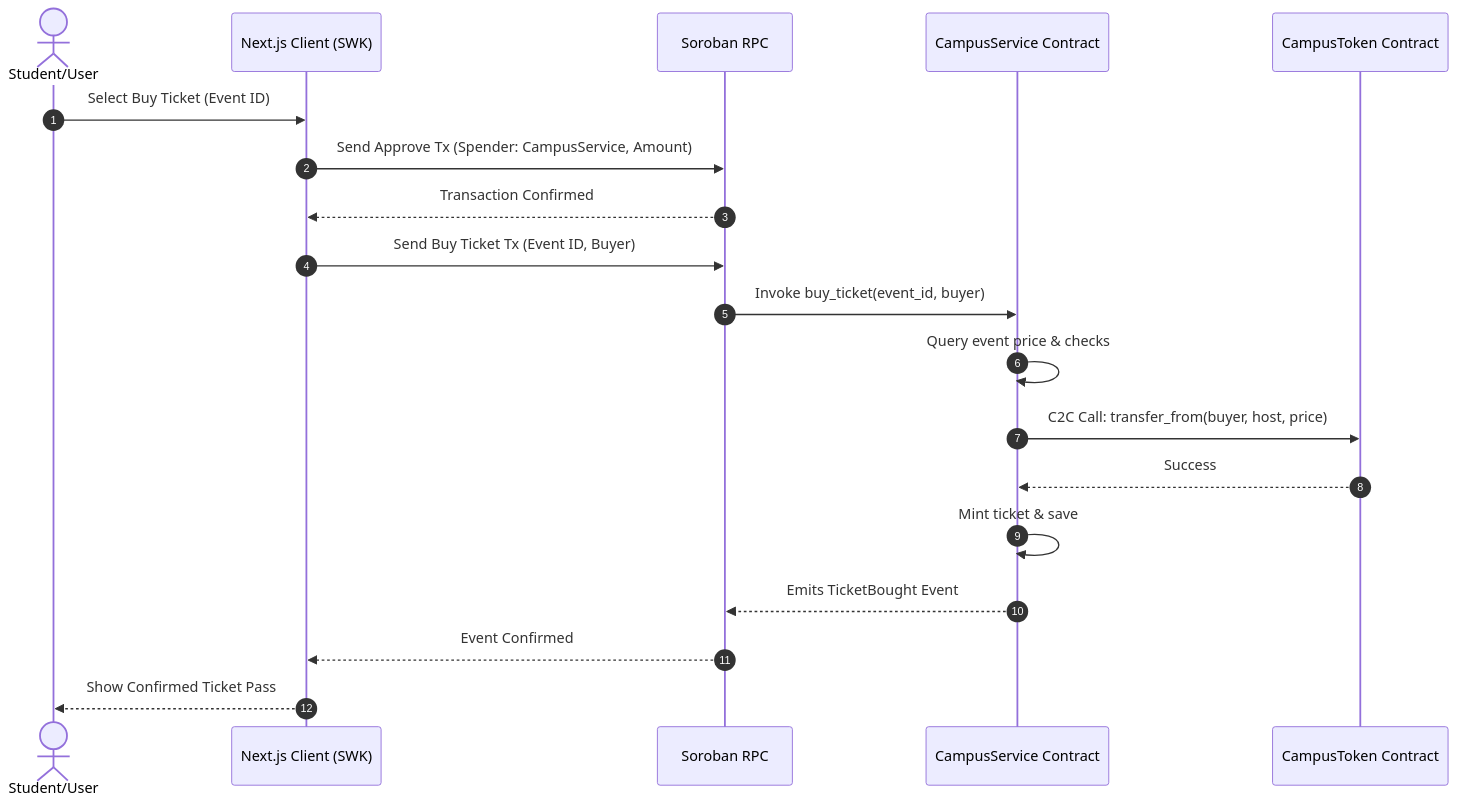
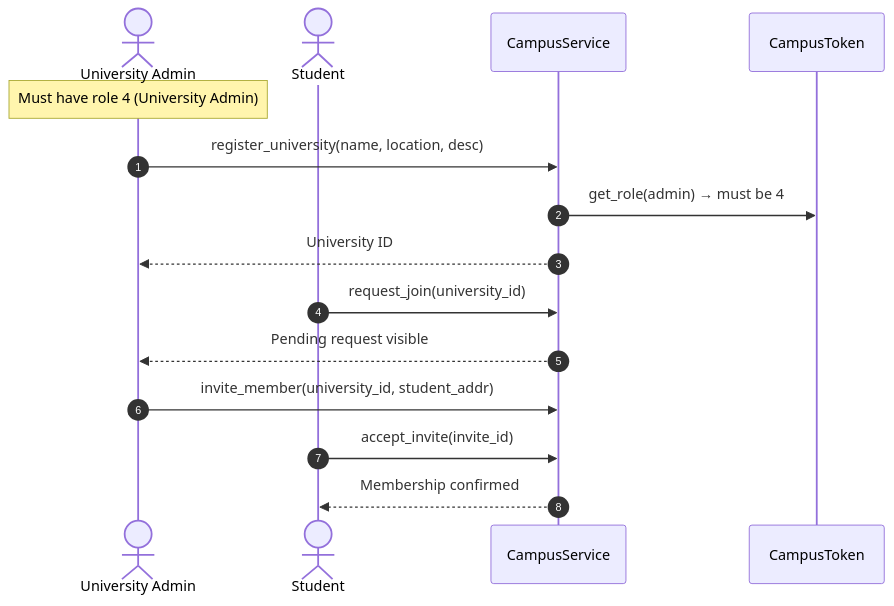
Before and after one commit to sandipansingh/CampusChain: the second of 3 diagrams in README.md, drawn with Mermaid. The commit also changed other lines of this file, not shown here.

Commit message:
docs(README): update contract addresses and expand docs for university registry and faucet

````diff
--- a/README.md
+++ b/README.md
@@ -80,22 +68,20 @@
 ```mermaid
 sequenceDiagram
     autonumber
-    actor User as Student/User
-    participant UI as Next.js Client (SWK)
-    participant RPC as Soroban RPC
-    participant SC as CampusService Contract
-    participant TC as CampusToken Contract
+    actor Admin as University Admin
+    actor Student as Student
+    participant SC as CampusService
+    participant TC as CampusToken
 
-    User->>UI: Select Buy Ticket (Event ID)
-    UI->>RPC: Send Approve Tx (Spender: CampusService, Amount)
-    RPC-->>UI: Transaction Confirmed
-    UI->>RPC: Send Buy Ticket Tx (Event ID, Buyer)
-    RPC->>SC: Invoke buy_ticket(event_id, buyer)
-    SC->>SC: Query event price & checks
-    SC->>TC: C2C Call: transfer_from(buyer, host, price)
-    TC-->>SC: Success
-    SC->>SC: Mint ticket & save
-    SC-->>RPC: Emits TicketBought Event
-    RPC-->>UI: Event Confirmed
-    UI-->>User: Show Confirmed Ticket Pass
+    Note over Admin: Must have role 4 (University Admin)
+    Admin->>SC: register_university(name, location, desc)
+    SC->>TC: get_role(admin) → must be 4
+    SC-->>Admin: University ID
+
+    Student->>SC: request_join(university_id)
+    SC-->>Admin: Pending request visible
+
+    Admin->>SC: invite_member(university_id, student_addr)
+    Student->>SC: accept_invite(invite_id)
+    SC-->>Student: Membership confirmed
 ```
````
